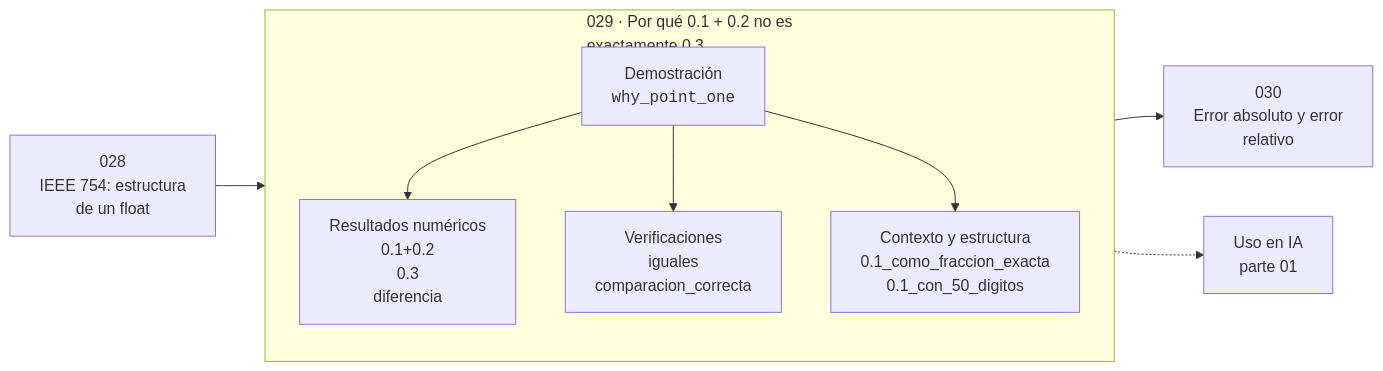
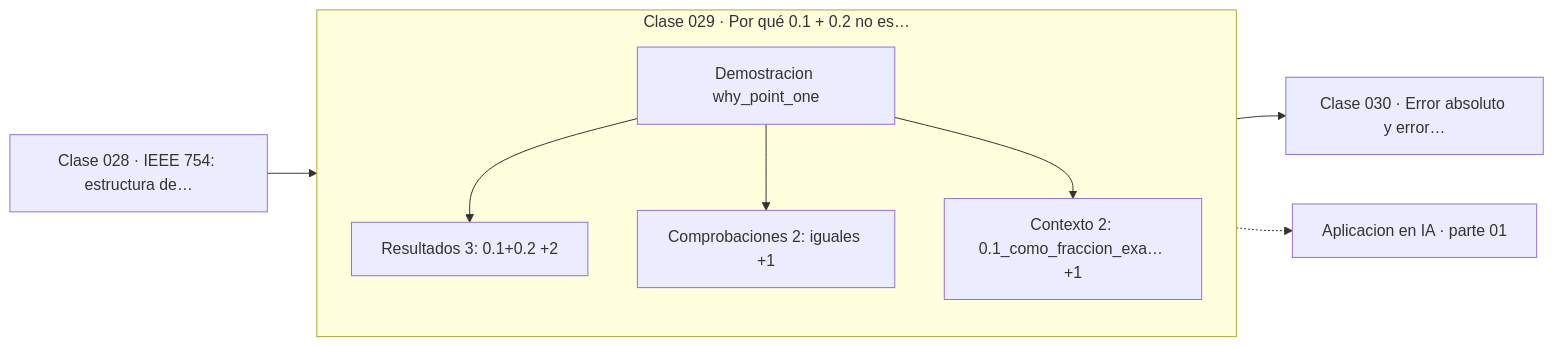
One commit to vladimiracunadev-create/computational-mathematics-program changed the diagram in classes/part-01-aritmetica-computacional-y-representacion-numerica/029-por-que-0-1-0-2-no-es-exactamente-0-3/README.md. Above: the diagram before and after it, drawn with Mermaid. The commit also changed 389 other files, not shown here.

First line of the commit message:
fix(diagramas): elimina el HTML de las etiquetas Mermaid

````diff
--- a/classes/part-01-aritmetica-computacional-y-representacion-numerica/029-por-que-0-1-0-2-no-es-exactamente-0-3/README.md
+++ b/classes/part-01-aritmetica-computacional-y-representacion-numerica/029-por-que-0-1-0-2-no-es-exactamente-0-3/README.md
@@ -35,12 +35,13 @@
 ```mermaid
 flowchart LR
-    P["028<br/>IEEE 754: estructura<br/>de un float"] --> C
-    subgraph C["029 · Por qué 0.1 + 0.2 no es<br/>exactamente 0.3"]
+    P["Clase 028 · IEEE 754: estructura de…"] --> D
+    subgraph CLASE["Clase 029 · Por qué 0.1 + 0.2 no es…"]
         direction TB
-        D["Demostración<br/><code>why_point_one</code>"] --> R["Resultados numéricos<br/>0.1+0.2<br/>0.3<br/>diferencia"]
-        D --> V["Verificaciones<br/>iguales<br/>comparacion_correcta"]
-        D --> O["Contexto y estructura<br/>0.1_como_fraccion_exacta<br/>0.1_con_50_digitos"]
+        D["Demostracion why_point_one"]
+        D --> R["Resultados 3: 0.1+0.2 +2"]
+        D --> V["Comprobaciones 2: iguales +1"]
+        D --> O["Contexto 2: 0.1_como_fraccion_exa… +1"]
     end
-    C --> N["030<br/>Error absoluto y error<br/>relativo"]
-    C -.-> IA["Uso en IA<br/>parte 01"]
+    R --> N["Clase 030 · Error absoluto y error…"]
+    V -.-> IA["Aplicacion en IA · parte 01"]
 ```
````
